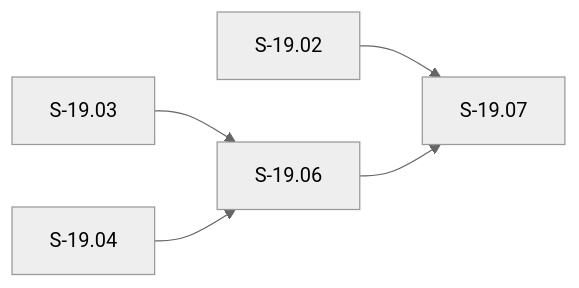
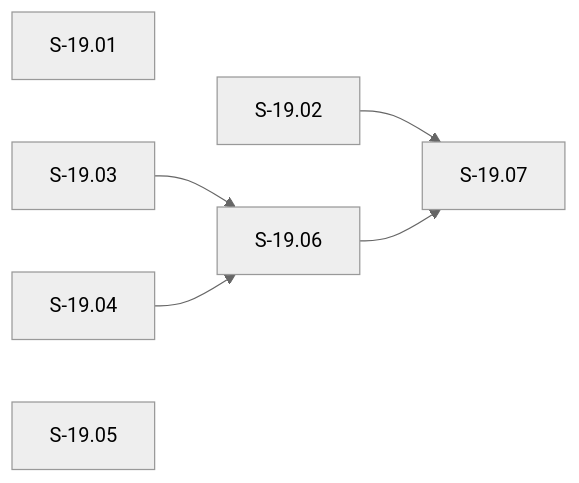
Before and after one commit to drbothen/vsdd-factory: the diagram in stories/epics/E-19-post-rc22-operator-hardening.md, drawn with Mermaid (neutral theme). The commit also changed other lines of this file and 8 other files, not shown here.

````diff
--- a/stories/epics/E-19-post-rc22-operator-hardening.md
+++ b/stories/epics/E-19-post-rc22-operator-hardening.md
@@ -169,7 +169,9 @@
 ```mermaid
 graph LR
+  S-19.01
   S-19.03 --> S-19.06
   S-19.04 --> S-19.06
+  S-19.05
   S-19.02 --> S-19.07
   S-19.06 --> S-19.07
 ```
````
